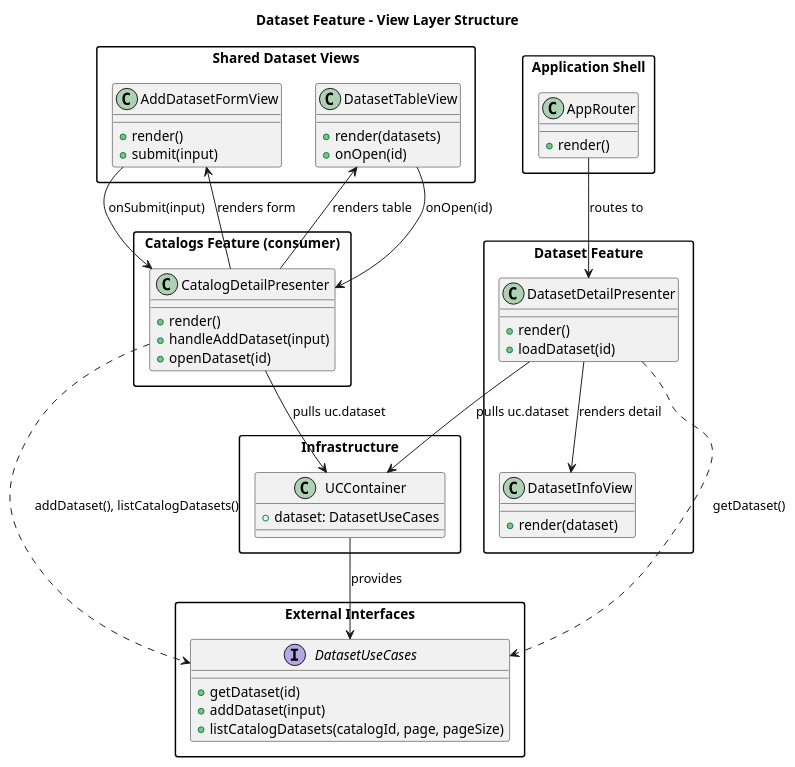
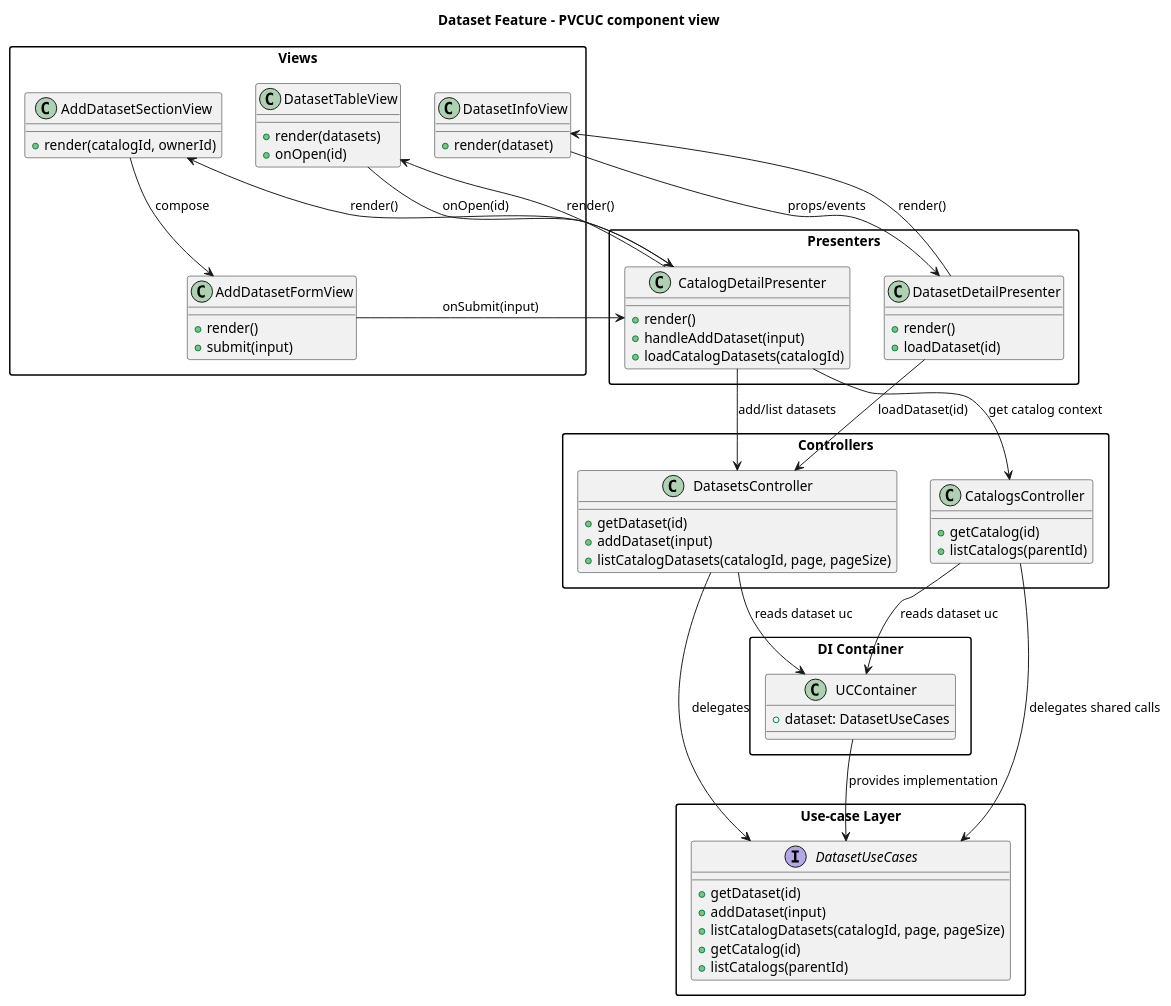
Before and after one commit to POP2025-EEPW/doorce-frontend: the diagram in diagrams/class/datasetModule.puml, drawn with PlantUML. The commit also changed 7 other files, not shown here.

Commit message:
Fix on diagrams

```diff
--- a/diagrams/class/datasetModule.puml
+++ b/diagrams/class/datasetModule.puml
@@ -1,70 +1,82 @@
 @startuml
-title Dataset Feature - View Layer Structure
+title Dataset Feature - PVCUC component view
 
 skinparam packageStyle rectangle
 
-package "External Interfaces" {
-    interface DatasetUseCases {
-        +getDataset(id)
-        +addDataset(input)
-        +listCatalogDatasets(catalogId, page, pageSize)
-    }
+package "Views" {
+  class DatasetInfoView {
+    +render(dataset)
+  }
+  class AddDatasetFormView {
+    +render()
+    +submit(input)
+  }
+  class AddDatasetSectionView {
+    +render(catalogId, ownerId)
+  }
+  class DatasetTableView {
+    +render(datasets)
+    +onOpen(id)
+  }
 }
 
-package "Application Shell" {
-    class AppRouter {
-        +render()
-    }
+package "Presenters" {
+  class DatasetDetailPresenter {
+    +render()
+    +loadDataset(id)
+  }
+  class CatalogDetailPresenter {
+    +render()
+    +handleAddDataset(input)
+    +loadCatalogDatasets(catalogId)
+  }
 }
 
-package "Dataset Feature" {
-    class DatasetDetailPresenter {
-        +render()
-        +loadDataset(id)
-    }
-    class DatasetInfoView {
-        +render(dataset)
-    }
+package "Controllers" {
+  class DatasetsController {
+    +getDataset(id)
+    +addDataset(input)
+    +listCatalogDatasets(catalogId, page, pageSize)
+  }
+  class CatalogsController {
+    +getCatalog(id)
+    +listCatalogs(parentId)
+  }
 }
 
-package "Shared Dataset Views" {
-    class AddDatasetFormView {
-        +render()
-        +submit(input)
-    }
-    class DatasetTableView {
-        +render(datasets)
-        +onOpen(id)
-    }
+package "Use-case Layer" {
+  interface DatasetUseCases {
+    +getDataset(id)
+    +addDataset(input)
+    +listCatalogDatasets(catalogId, page, pageSize)
+    +getCatalog(id)
+    +listCatalogs(parentId)
+  }
 }
 
-package "Infrastructure" {
-    class UCContainer {
-        +dataset: DatasetUseCases
-    }
+package "DI Container" {
+  class UCContainer {
+    +dataset: DatasetUseCases
+  }
 }
 
-package "Catalogs Feature (consumer)" {
-    class CatalogDetailPresenter {
-        +render()
-        +handleAddDataset(input)
-        +openDataset(id)
-    }
-}
+DatasetDetailPresenter --> DatasetInfoView : render()
+DatasetInfoView --> DatasetDetailPresenter : props/events
+DatasetDetailPresenter --> DatasetsController : loadDataset(id)
 
-AppRouter --> DatasetDetailPresenter : routes to
+CatalogDetailPresenter --> DatasetTableView : render()
+DatasetTableView --> CatalogDetailPresenter : onOpen(id)
+CatalogDetailPresenter --> AddDatasetSectionView : render()
+AddDatasetSectionView --> AddDatasetFormView : compose
+AddDatasetFormView --> CatalogDetailPresenter : onSubmit(input)
+CatalogDetailPresenter --> DatasetsController : add/list datasets
+CatalogDetailPresenter --> CatalogsController : get catalog context
 
-DatasetDetailPresenter ..> DatasetUseCases : getDataset()
-DatasetDetailPresenter --> DatasetInfoView : renders detail
-DatasetDetailPresenter --> UCContainer : pulls uc.dataset
-UCContainer --> DatasetUseCases : provides
+DatasetsController --> DatasetUseCases : delegates
+CatalogsController --> DatasetUseCases : delegates shared calls
 
-CatalogDetailPresenter --> AddDatasetFormView : renders form
-CatalogDetailPresenter --> DatasetTableView : renders table
-CatalogDetailPresenter ..> DatasetUseCases : addDataset(), listCatalogDatasets()
-CatalogDetailPresenter --> UCContainer : pulls uc.dataset
-
-AddDatasetFormView --> CatalogDetailPresenter : onSubmit(input)
-DatasetTableView --> CatalogDetailPresenter : onOpen(id)
+DatasetsController --> UCContainer : reads dataset uc
+CatalogsController --> UCContainer : reads dataset uc
+UCContainer --> DatasetUseCases : provides implementation
 
 @enduml
```
